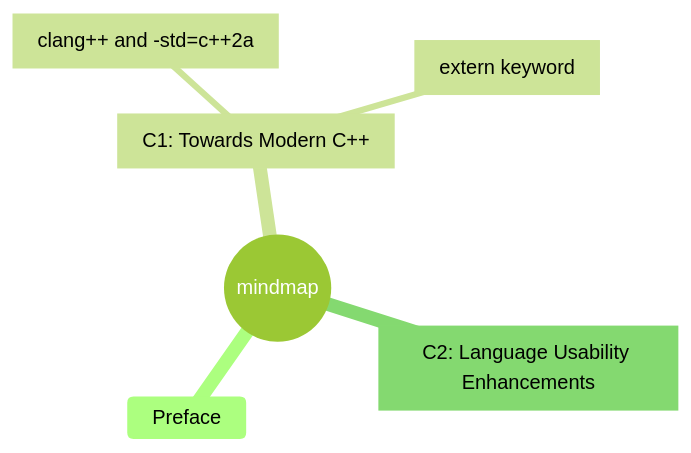
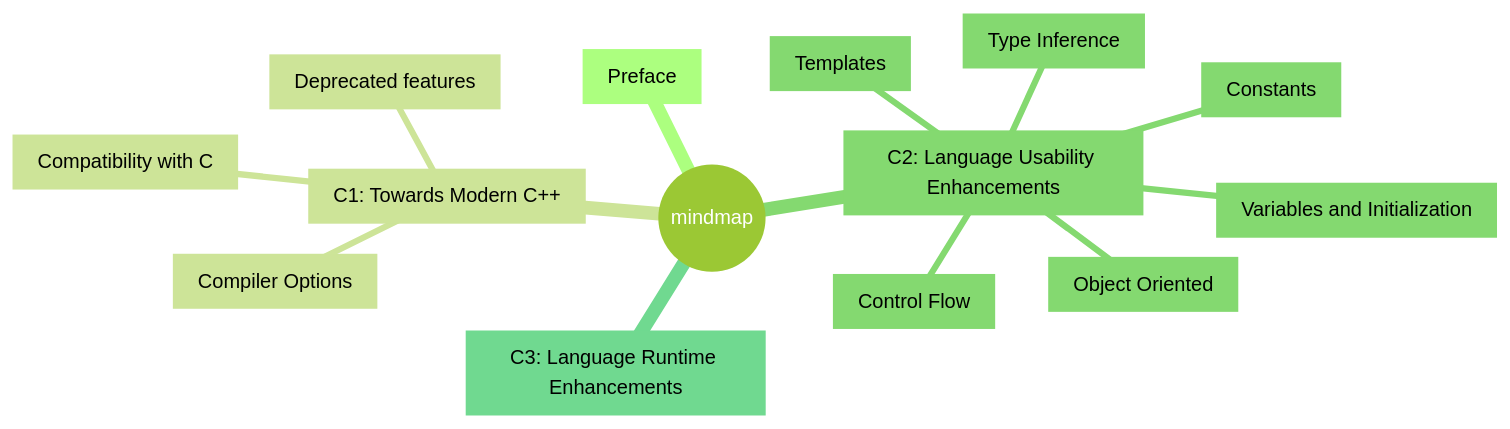
One commit to damonYuan/gitbook changed the second of 2 diagrams in tech/230717-cpp-for-java-programmers.md. Above: the diagram before and after it, drawn with Mermaid (forest theme). The commit also changed other lines of this file and 2 other files, not shown here.

````diff
--- a/tech/230717-cpp-for-java-programmers.md
+++ b/tech/230717-cpp-for-java-programmers.md
@@ -39,11 +39,18 @@
 ```mermaid
 mindmap
   root((mindmap))
-    Preface
+    id0["`Preface`"]
     id1["`C1: Towards Modern C++`"]
-      id11["`clang++ and -std=c++2a`"]
-      id12["`extern keyword`"]
+      id10["`Compiler Options`"]
+      id11["`Deprecated features`"]
+      id12["`Compatibility with C`"]
     id2["`C2: Language Usability Enhancements`"]  
-      
+      id21["`Constants`"]
+      id22["`Variables and Initialization`"]
+      id23["`Type Inference`"]
+      id24["`Control Flow`"]
+      id25["`Templates`"]
+      id26["`Object Oriented`"]
+    id3["`C3: Language Runtime Enhancements`"]  
   
 ```  
````
